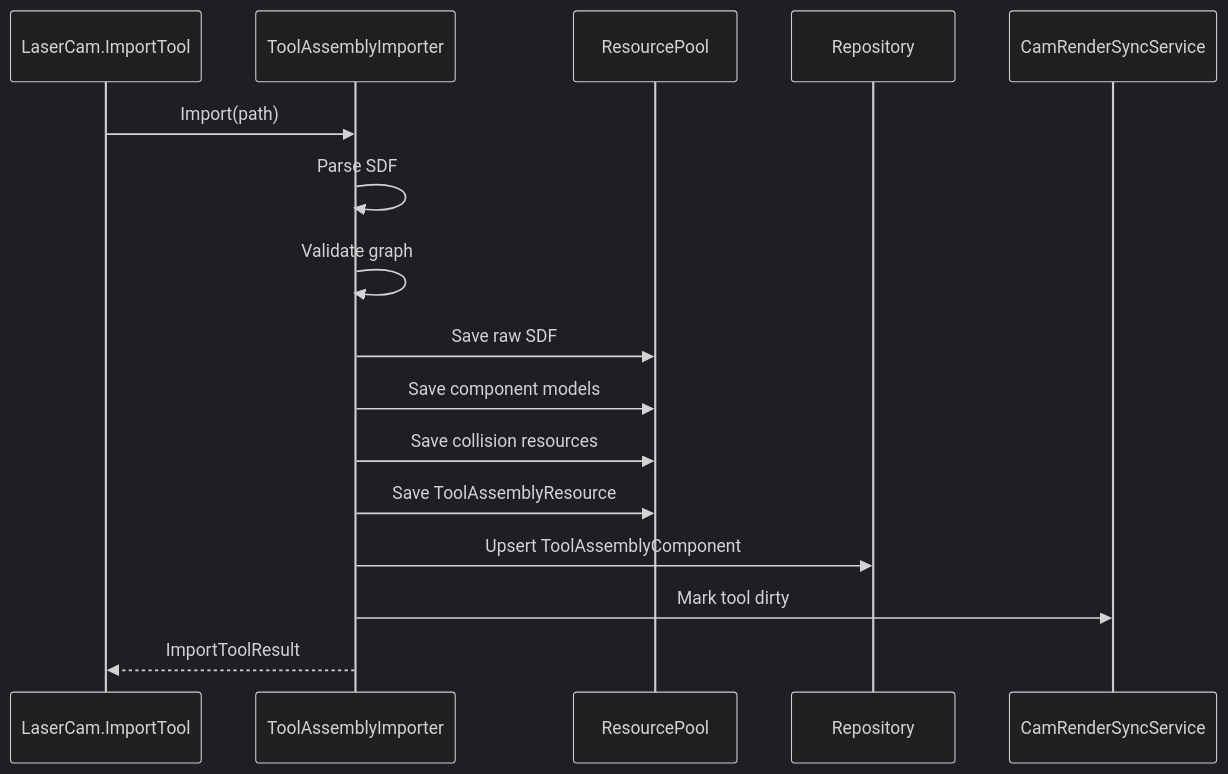
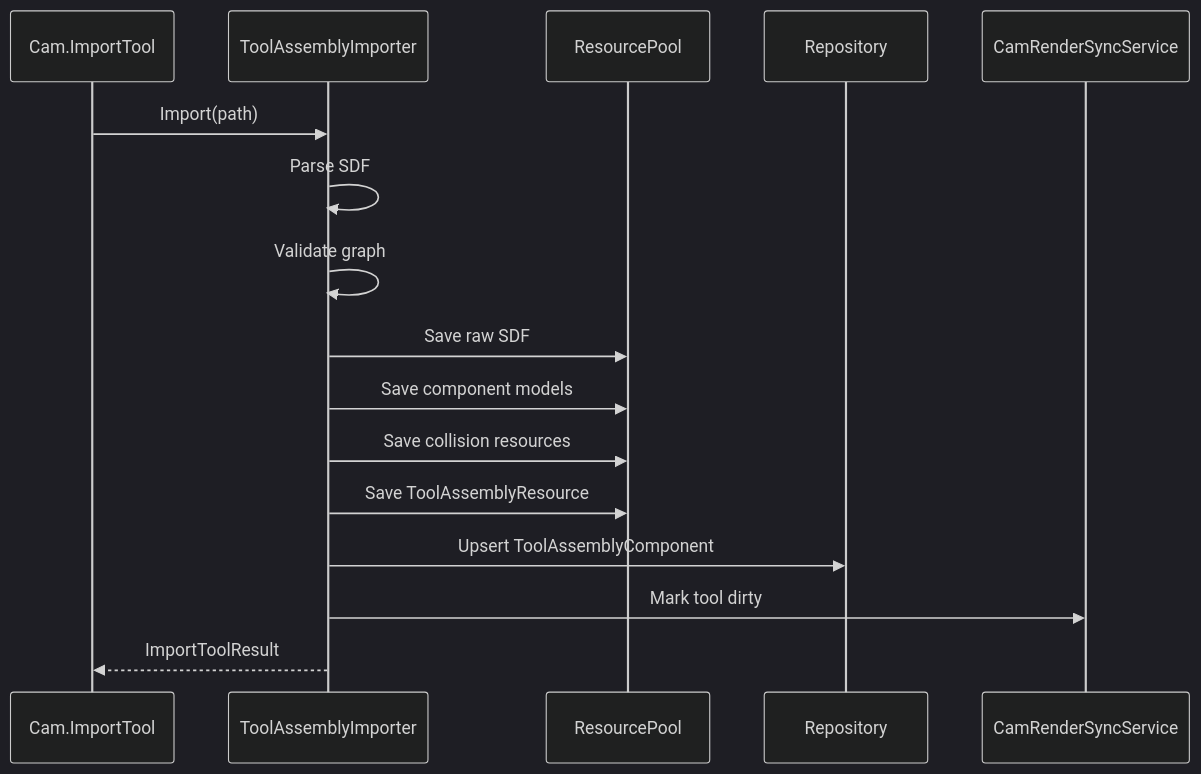
Before and after one commit to penguinchiang0609-ui/iCAX: the diagram in doc/iCAX-Engine/Products/Laser3DCAM/详细设计/04-SDF解析与刀具导入.md, drawn with Mermaid (dark theme). The commit also changed 35358 other files, not shown here.

````diff
--- a/doc/iCAX-Engine/Products/Laser3DCAM/详细设计/04-SDF解析与刀具导入.md
+++ b/doc/iCAX-Engine/Products/Laser3DCAM/详细设计/04-SDF解析与刀具导入.md
@@ -141,19 +141,19 @@
 ```mermaid
 sequenceDiagram
-    participant Cmd as LaserCam.ImportTool
+    participant Cmd as Cam.ImportTool
     participant Importer as ToolAssemblyImporter
     participant Res as ResourcePool
     participant Repo as Repository
     participant Render as CamRenderSyncService
 
     Cmd->>Importer: Import(path)
     Importer->>Importer: Parse SDF
     Importer->>Importer: Validate graph
     Importer->>Res: Save raw SDF
     Importer->>Res: Save component models
     Importer->>Res: Save collision resources
     Importer->>Res: Save ToolAssemblyResource
     Importer->>Repo: Upsert ToolAssemblyComponent
     Importer->>Render: Mark tool dirty
     Importer-->>Cmd: ImportToolResult
 ```
````
